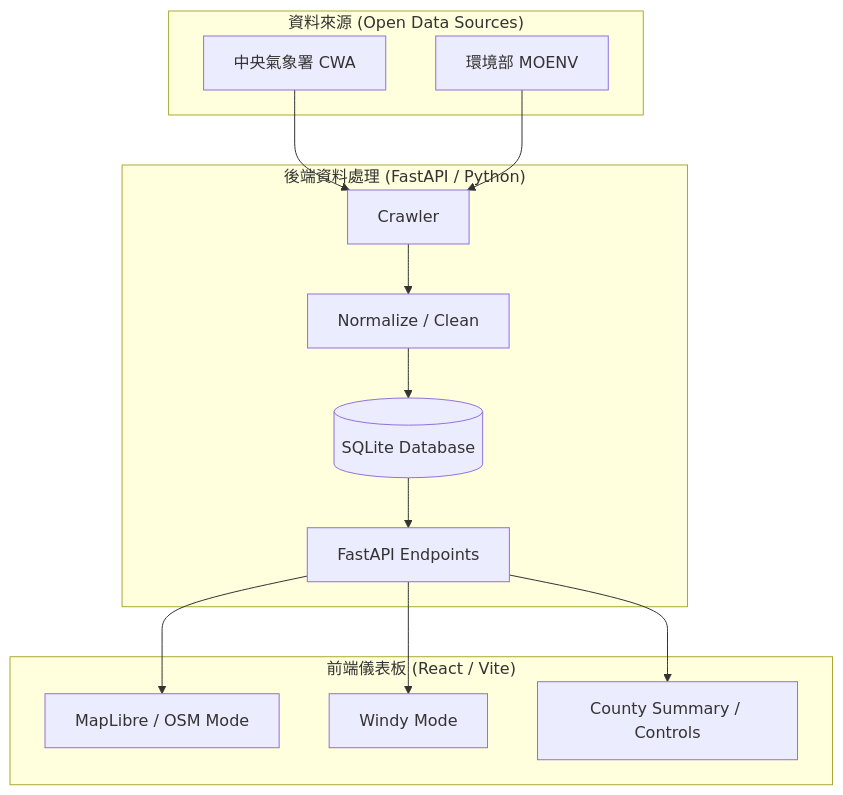
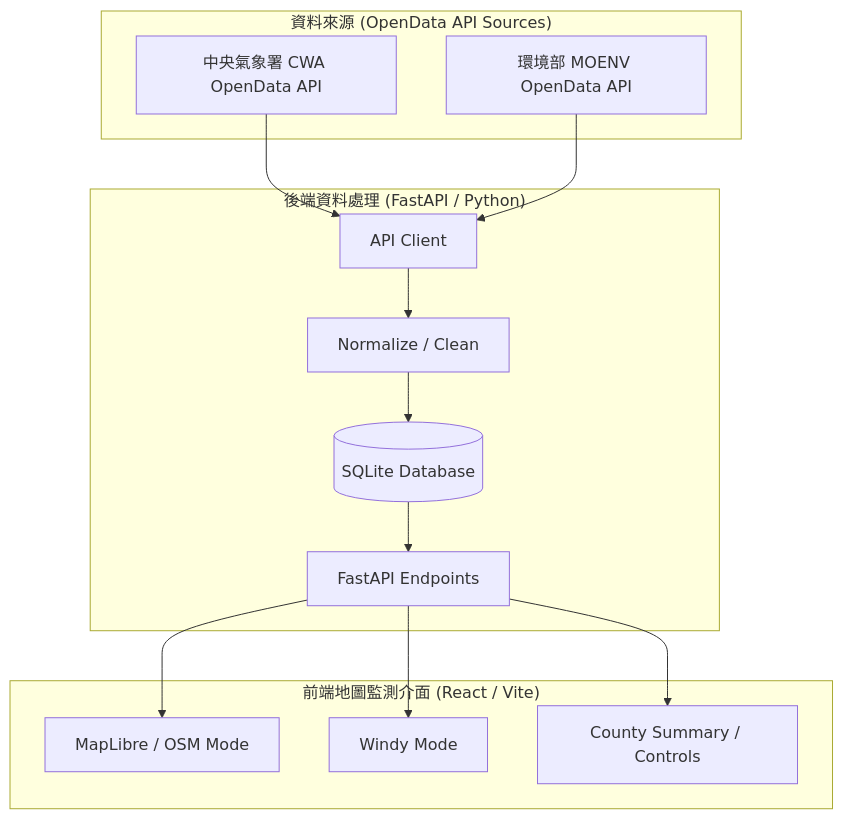
The diagram in README.md (dec591nyc/Cwa-Weather-Crawler), drawn with Mermaid before and after one commit. The commit also changed other lines of this file, not shown here.

Commit message:
docs: align README with CWA GeoMap Monitor naming

````diff
--- a/README.md
+++ b/README.md
@@ -41,29 +41,29 @@
 ```mermaid
 flowchart TD
-    subgraph "資料來源 (Open Data Sources)"
-        A[中央氣象署 CWA]
-        B[環境部 MOENV]
+    subgraph "資料來源 (OpenData API Sources)"
+        A[中央氣象署 CWA OpenData API]
+        B[環境部 MOENV OpenData API]
     end
 
     subgraph "後端資料處理 (FastAPI / Python)"
-        C[Crawler]
+        C[API Client]
         D[Normalize / Clean]
         E[(SQLite Database)]
         F[FastAPI Endpoints]
     end
 
-    subgraph "前端儀表板 (React / Vite)"
+    subgraph "前端地圖監測介面 (React / Vite)"
         G[MapLibre / OSM Mode]
         H[Windy Mode]
         I[County Summary / Controls]
     end
 
     A --> C
     B --> C
     C --> D
     D --> E
     E --> F
     F --> G
     F --> H
     F --> I
 ```
````
